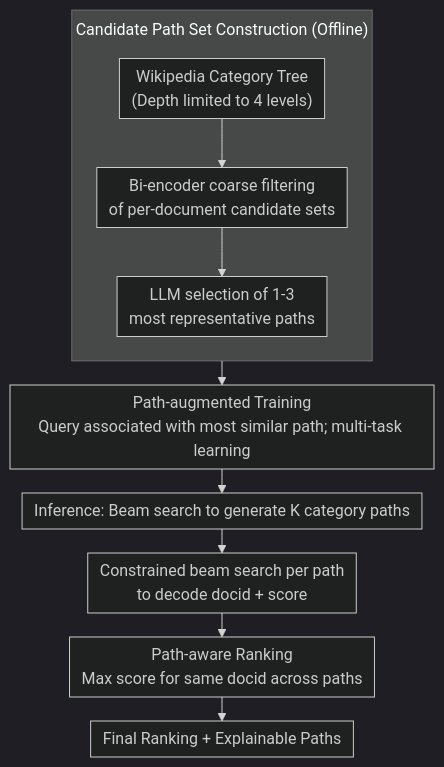
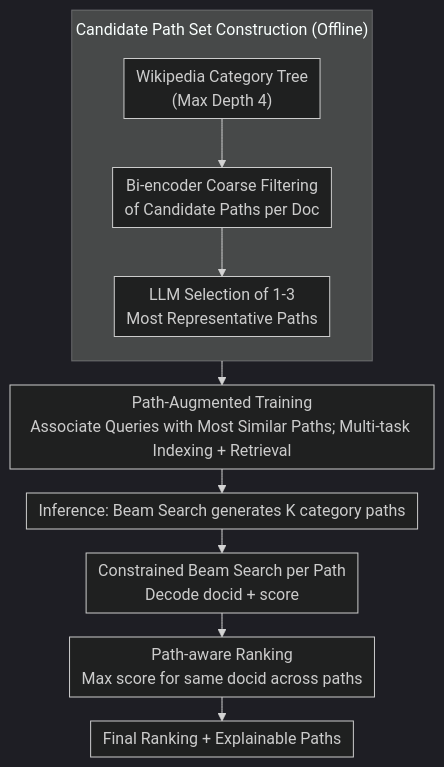
Before and after one commit to zhaoyang97/Paper-Notes-en: the diagram in docs/ACL2026/information_retrieval/why_these_documents_explainable_generative_retrieval_with_hierarchical_category_.md, drawn with Mermaid (dark theme). The commit also changed other lines of this file and 5084 other files, not shown here.

````diff
--- a/docs/ACL2026/information_retrieval/why_these_documents_explainable_generative_retrieval_with_hierarchical_category_.md
+++ b/docs/ACL2026/information_retrieval/why_these_documents_explainable_generative_retrieval_with_hierarchical_category_.md
@@ -42,14 +42,14 @@
 ```mermaid
 %%{init: {'flowchart': {'rankSpacing': 24, 'nodeSpacing': 28, 'padding': 6, 'wrappingWidth': 400, 'subGraphTitleMargin': {'top': 8, 'bottom': 16}}}}%%
 flowchart TD
     subgraph CONS["Candidate Path Set Construction (Offline)"]
         direction TB
-        A["Wikipedia Category Tree<br/>(Depth limited to 4 levels)"] --> B["Bi-encoder coarse filtering<br/>of per-document candidate sets"]
-        B --> C["LLM selection of 1-3<br/>most representative paths"]
+        A["Wikipedia Category Tree<br/>(Max Depth 4)"] --> B["Bi-encoder Coarse Filtering<br/>of Candidate Paths per Doc"]
+        B --> C["LLM Selection of 1-3<br/>Most Representative Paths"]
     end
-    CONS --> D["Path-augmented Training<br/>Query associated with most similar path; multi-task learning"]
-    D --> E["Inference: Beam search to generate K category paths"]
-    E --> F["Constrained beam search per path<br/>to decode docid + score"]
+    CONS --> D["Path-Augmented Training<br/>Associate Queries with Most Similar Paths; Multi-task Indexing + Retrieval"]
+    D --> E["Inference: Beam Search generates K category paths"]
+    E --> F["Constrained Beam Search per Path<br/>Decode docid + score"]
     F --> G["Path-aware Ranking<br/>Max score for same docid across paths"]
     G --> H["Final Ranking + Explainable Paths"]
 ```
````
